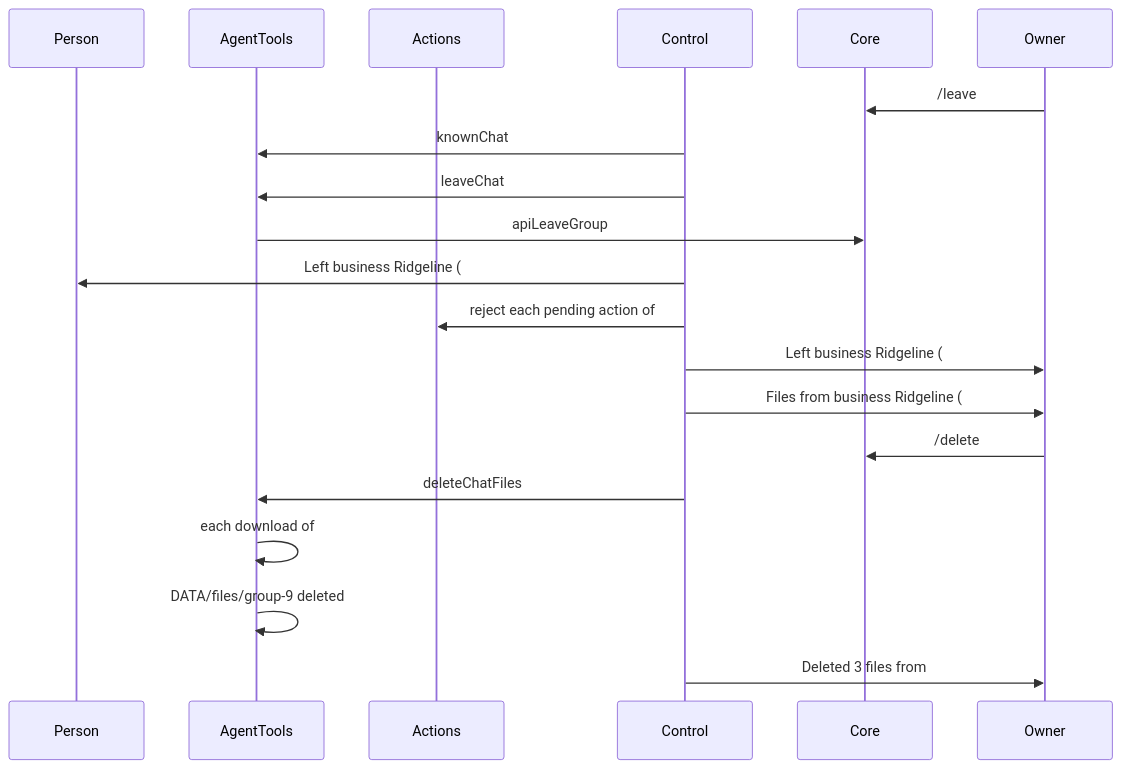
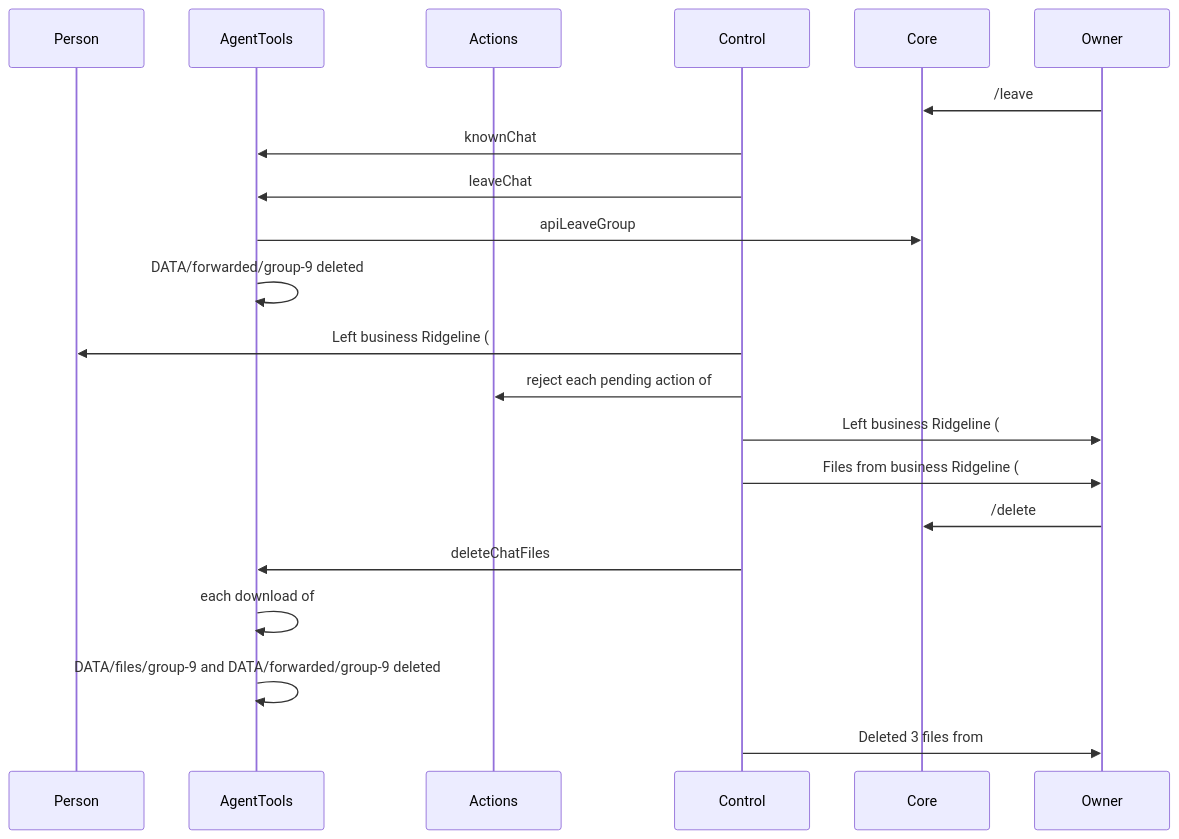
One commit to simplex-chat/simplex-chat changed diagram 16 of 16 in packages/simplex-chat-mcp/spec/flows.md. Above: the diagram before and after it, drawn with Mermaid. The commit also changed other lines of this file and 3 other files, not shown here.

````diff
--- a/packages/simplex-chat-mcp/spec/flows.md
+++ b/packages/simplex-chat-mcp/spec/flows.md
@@ -678,22 +686,23 @@
 ```mermaid
 sequenceDiagram
   participant P as Person
   participant T as AgentTools
   participant X as Actions
   participant K as Control
   participant C as Core
   participant O as Owner
   O->>C: /leave #9
   K->>T: knownChat #9
   K->>T: leaveChat #9
   T->>C: apiLeaveGroup #9, apiDeleteChat #9 full, notify
+  T->>T: DATA/forwarded/group-9 deleted
   K->>P: Left business Ridgeline (#9), requested by Alice.
   K->>X: reject each pending action of #9 with a card
   K->>O: Left business Ridgeline (#9), requested by Alice.
   K->>O: Files from business Ridgeline (#9) are kept in `DATA/files/group-9`: 3 files, 2.1 MB. /'delete #9 files'
   O->>C: /delete #9 files
   K->>T: deleteChatFiles #9
   T->>T: each download of #9: failed, apiCancelFile, its partial file deleted
-  T->>T: DATA/files/group-9 deleted
+  T->>T: DATA/files/group-9 and DATA/forwarded/group-9 deleted
   K->>O: Deleted 3 files from #9, 2.1 MB.
 ```
````
